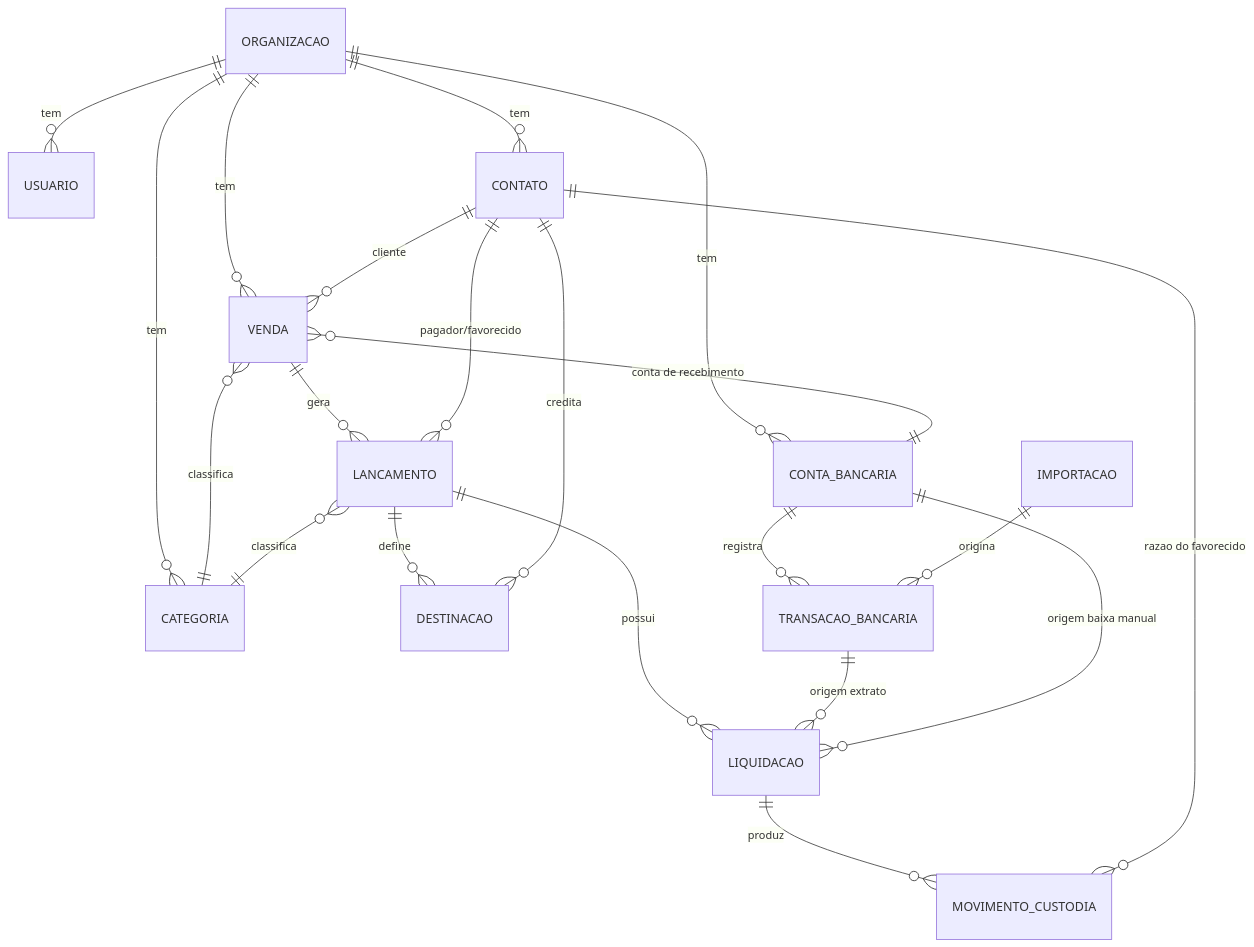
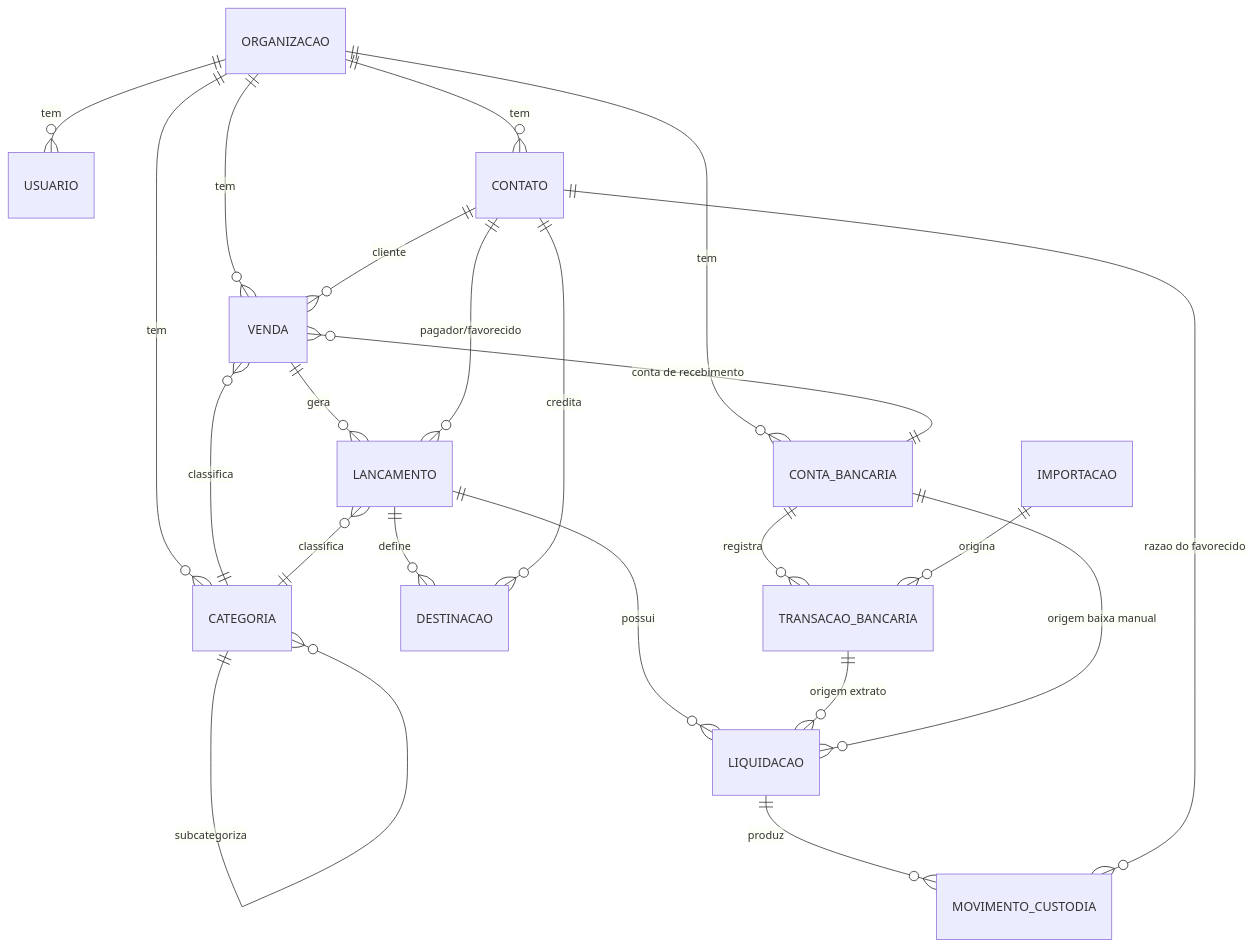
The diagram in ARQUITETURA.md (RafaRafa26/capi), drawn with Mermaid before and after one commit. The commit also changed other lines of this file and 39 other files, not shown here.

````diff
--- a/ARQUITETURA.md
+++ b/ARQUITETURA.md
@@ -131,28 +131,29 @@
 ```mermaid
 erDiagram
     ORGANIZACAO ||--o{ USUARIO : tem
     ORGANIZACAO ||--o{ CONTATO : tem
     ORGANIZACAO ||--o{ CONTA_BANCARIA : tem
     ORGANIZACAO ||--o{ CATEGORIA : tem
     ORGANIZACAO ||--o{ VENDA : tem
+    CATEGORIA ||--o{ CATEGORIA : subcategoriza
 
     VENDA ||--o{ LANCAMENTO : gera
     VENDA }o--|| CATEGORIA : classifica
     VENDA }o--|| CONTA_BANCARIA : "conta de recebimento"
     CONTATO ||--o{ VENDA : cliente
 
     LANCAMENTO ||--o{ DESTINACAO : define
     LANCAMENTO ||--o{ LIQUIDACAO : possui
     LANCAMENTO }o--|| CATEGORIA : classifica
     LANCAMENTO }o--|| CONTATO : "pagador/favorecido"
 
     DESTINACAO }o--|| CONTATO : credita
 
     CONTA_BANCARIA ||--o{ TRANSACAO_BANCARIA : registra
     IMPORTACAO ||--o{ TRANSACAO_BANCARIA : origina
     TRANSACAO_BANCARIA ||--o{ LIQUIDACAO : "origem extrato"
     CONTA_BANCARIA ||--o{ LIQUIDACAO : "origem baixa manual"
 
     LIQUIDACAO ||--o{ MOVIMENTO_CUSTODIA : produz
     CONTATO ||--o{ MOVIMENTO_CUSTODIA : "razao do favorecido"
 ```
````
